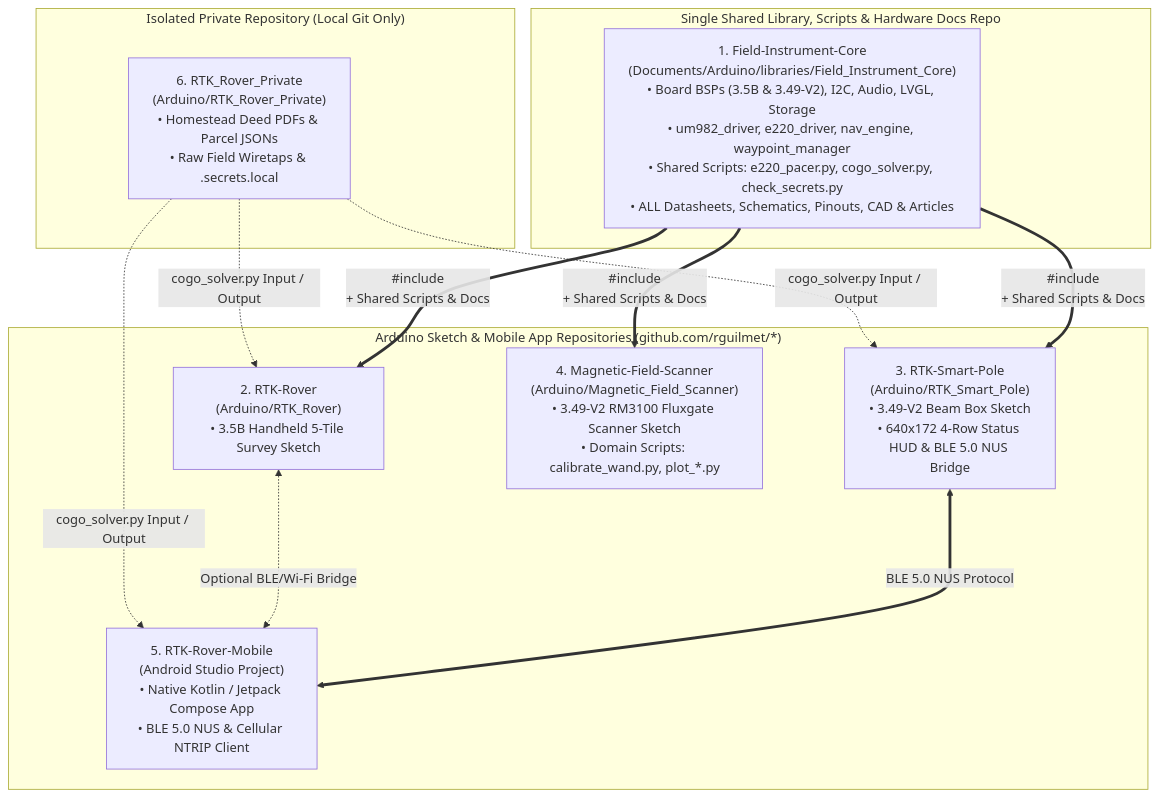
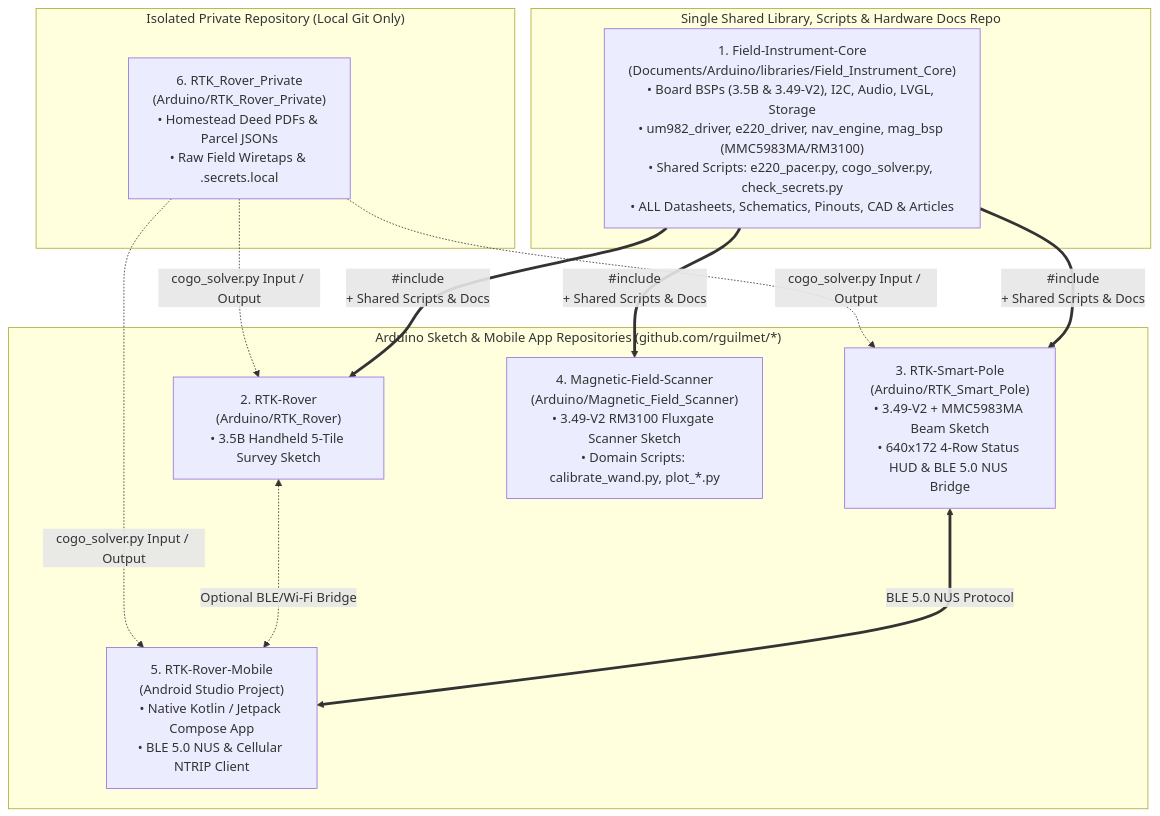
The fourth of 5 diagrams in docs/plan_smart_pole_and_android_app.md (rguilmet/RTK-Rover), drawn with Mermaid before and after one commit. The commit also changed other lines of this file and 1 other file, not shown here.

Commit message:
docs: Add beam-mounted MMC5983MA 9-DOF compass & UM982 auto-calibration to plan (v2.6.0)

````diff
--- a/docs/plan_smart_pole_and_android_app.md
+++ b/docs/plan_smart_pole_and_android_app.md
@@ -458,22 +476,22 @@
 ```mermaid
 flowchart TD
     subgraph SharedLib["Single Shared Library, Scripts & Hardware Docs Repo"]
-        CORE["1. Field-Instrument-Core\n(Documents/Arduino/libraries/Field_Instrument_Core)\n• Board BSPs (3.5B & 3.49-V2), I2C, Audio, LVGL, Storage\n• um982_driver, e220_driver, nav_engine, waypoint_manager\n• Shared Scripts: e220_pacer.py, cogo_solver.py, check_secrets.py\n• ALL Datasheets, Schematics, Pinouts, CAD & Articles"]
+        CORE["1. Field-Instrument-Core\n(Documents/Arduino/libraries/Field_Instrument_Core)\n• Board BSPs (3.5B & 3.49-V2), I2C, Audio, LVGL, Storage\n• um982_driver, e220_driver, nav_engine, mag_bsp (MMC5983MA/RM3100)\n• Shared Scripts: e220_pacer.py, cogo_solver.py, check_secrets.py\n• ALL Datasheets, Schematics, Pinouts, CAD & Articles"]
     end
 
     subgraph SketchRepos["Arduino Sketch & Mobile App Repositories (github.com/rguilmet/*)"]
         ROVER["2. RTK-Rover\n(Arduino/RTK_Rover)\n• 3.5B Handheld 5-Tile Survey Sketch"]
-        POLE["3. RTK-Smart-Pole\n(Arduino/RTK_Smart_Pole)\n• 3.49-V2 Beam Box Sketch\n• 640x172 4-Row Status HUD & BLE 5.0 NUS Bridge"]
+        POLE["3. RTK-Smart-Pole\n(Arduino/RTK_Smart_Pole)\n• 3.49-V2 + MMC5983MA Beam Sketch\n• 640x172 4-Row Status HUD & BLE 5.0 NUS Bridge"]
         MFS["4. Magnetic-Field-Scanner\n(Arduino/Magnetic_Field_Scanner)\n• 3.49-V2 RM3100 Fluxgate Scanner Sketch\n• Domain Scripts: calibrate_wand.py, plot_*.py"]
         MOBILE["5. RTK-Rover-Mobile\n(Android Studio Project)\n• Native Kotlin / Jetpack Compose App\n• BLE 5.0 NUS & Cellular NTRIP Client"]
     end
 
     subgraph PrivateRepo["Isolated Private Repository (Local Git Only)"]
         PRIV["6. RTK_Rover_Private\n(Arduino/RTK_Rover_Private)\n• Homestead Deed PDFs & Parcel JSONs\n• Raw Field Wiretaps & .secrets.local"]
     end
 
     CORE ==>|#include <Field_Instrument_Core.h>\n+ Shared Scripts & Docs| ROVER & POLE & MFS
     POLE <===>|BLE 5.0 NUS Protocol| MOBILE
     ROVER <-.->|Optional BLE/Wi-Fi Bridge| MOBILE
     PRIV -.->|cogo_solver.py Input / Output| ROVER & POLE & MOBILE
 ```
````
